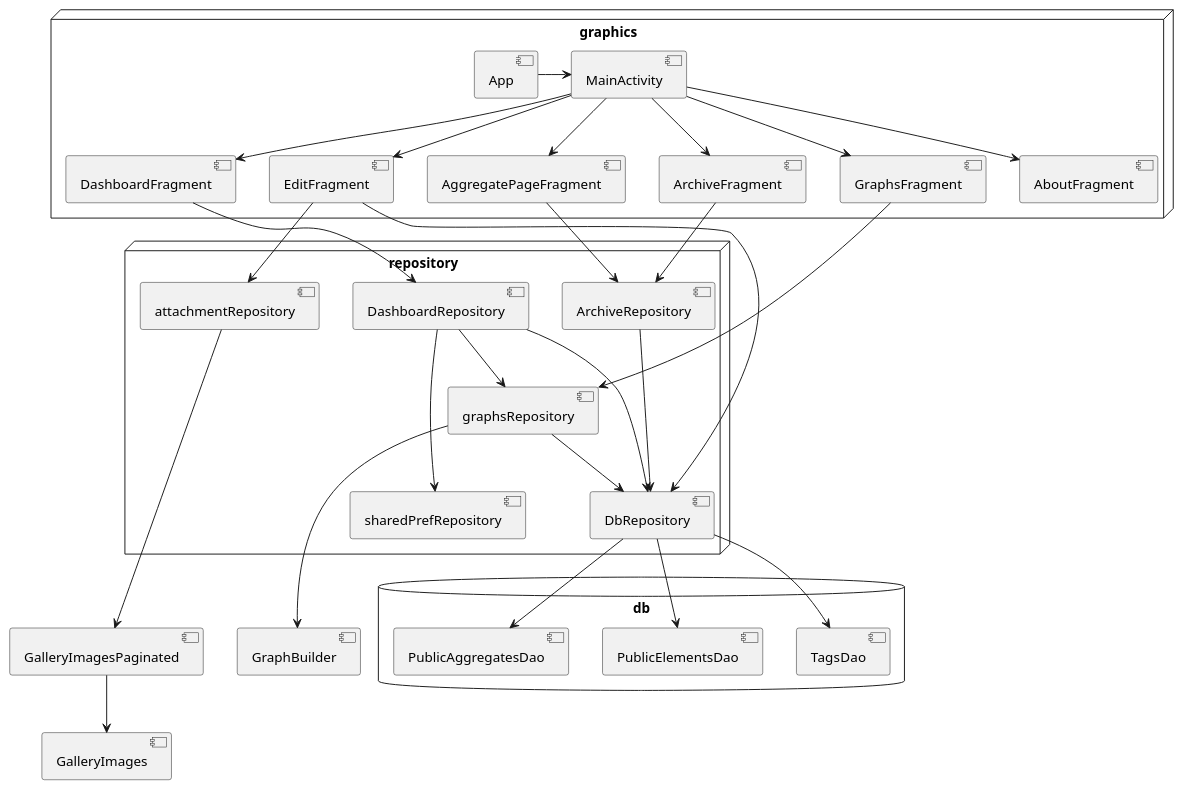
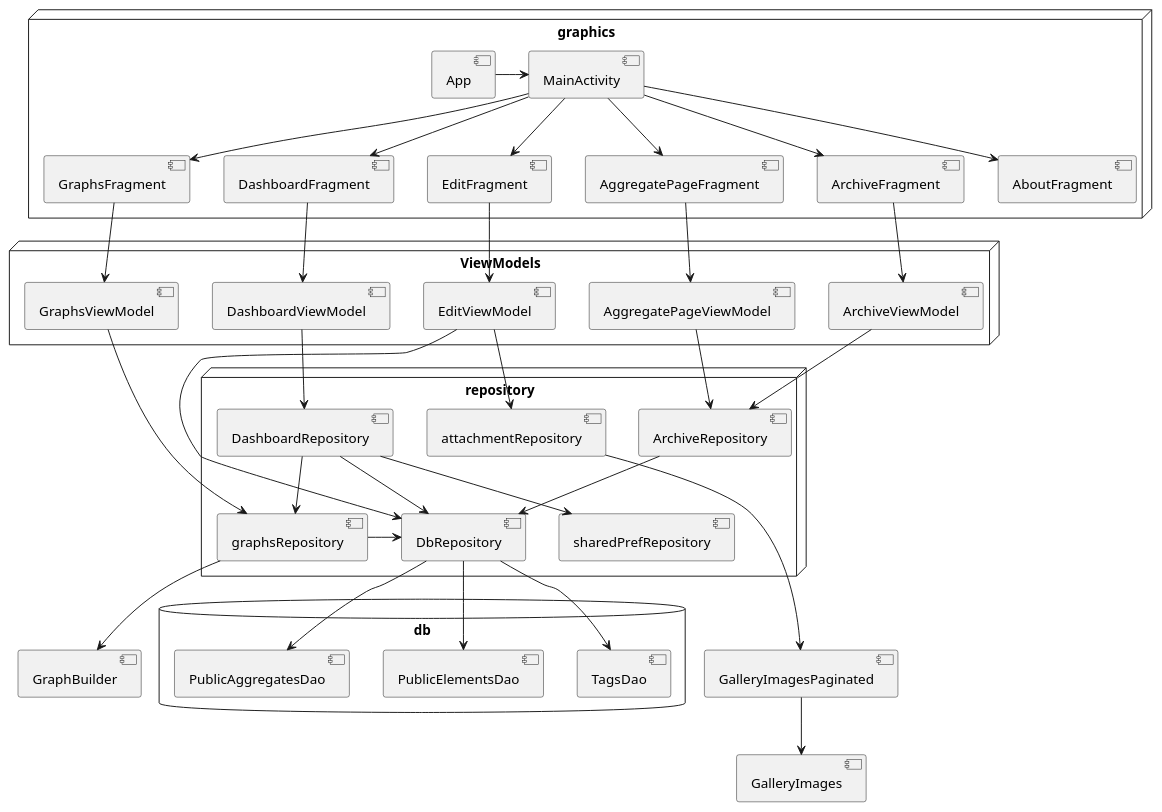
One commit to simone-viozzi/progetto-programmazione-mobile changed the diagram in android_app/app/src/main/java/com/example/receiptApp/App.puml. Above: the diagram before and after it, drawn with PlantUML. The commit also changed 7 other files, not shown here.

Commit message:
renamed a thing, uml edits

```diff
--- a/android_app/app/src/main/java/com/example/receiptApp/App.puml
+++ b/android_app/app/src/main/java/com/example/receiptApp/App.puml
@@ -1,67 +1,83 @@
 @startuml
 'https://plantuml.com/component-diagram
 
 
 node graphics {
     [App]
     [MainActivity]
+    [ArchiveFragment]
     [GraphsFragment]
     [EditFragment]
     [DashboardFragment]
-    [ArchiveFragment]
     [AggregatePageFragment]
     [AboutFragment]
 
     [App] -> [MainActivity]
     [MainActivity] --> [GraphsFragment]
     [MainActivity] --> [EditFragment]
     [MainActivity] --> [DashboardFragment]
     [MainActivity] --> [ArchiveFragment]
     [MainActivity] --> [AggregatePageFragment]
     [MainActivity] --> [AboutFragment]
 }
 
 node repository {
     [DbRepository]
     [sharedPrefRepository]
     [graphsRepository]
     [DashboardRepository]
     [ArchiveRepository]
     [attachmentRepository]
 }
 
-[GraphsFragment] -> [graphsRepository]
-[EditFragment] --> [DbRepository]
-[EditFragment] --> [attachmentRepository]
-[DashboardFragment] --> [DashboardRepository]
-[ArchiveFragment] -> [ArchiveRepository]
-[AggregatePageFragment] -> [ArchiveRepository]
+node ViewModels {
+    [GraphsViewModel]
+    [EditViewModel]
+    [DashboardViewModel]
+    [ArchiveViewModel]
+    [AggregatePageViewModel]
+}
+
+[GraphsFragment] --> [GraphsViewModel]
+[EditFragment] --> [EditViewModel]
+[DashboardFragment] --> [DashboardViewModel]
+[ArchiveFragment] --> [ArchiveViewModel]
+[AggregatePageFragment] --> [AggregatePageViewModel]
+
+[EditViewModel] --> [DbRepository]
+[GraphsViewModel] --> [graphsRepository]
+[EditViewModel] --> [attachmentRepository]
+[DashboardViewModel] -> [DashboardRepository]
+[ArchiveViewModel] --> [ArchiveRepository]
+[AggregatePageViewModel] --> [ArchiveRepository]
 
 
 
-[ArchiveRepository] ---> [DbRepository]
+
+[ArchiveRepository] --> [DbRepository]
+[graphsRepository] -> [DbRepository]
 [DashboardRepository] --> [graphsRepository]
-[DashboardRepository] ---> [sharedPrefRepository]
+[DashboardRepository] --> [sharedPrefRepository]
 [DashboardRepository] --> [DbRepository]
-[graphsRepository] --> [DbRepository]
 
 
-[graphsRepository] ---> [GraphBuilder]
-[attachmentRepository] ----> [GalleryImagesPaginated]
+
+[graphsRepository] --> [GraphBuilder]
+[attachmentRepository] ---> [GalleryImagesPaginated]
 
 [GalleryImagesPaginated] --> [GalleryImages]
 
 database "db" {
 
     [TagsDao]
     [PublicElementsDao]
     [PublicAggregatesDao]
 
     [DbRepository] -->[TagsDao]
     [DbRepository] -->[PublicElementsDao]
     [DbRepository] -->[PublicAggregatesDao]
 
 }
 
 
 @enduml
```
